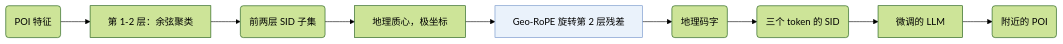
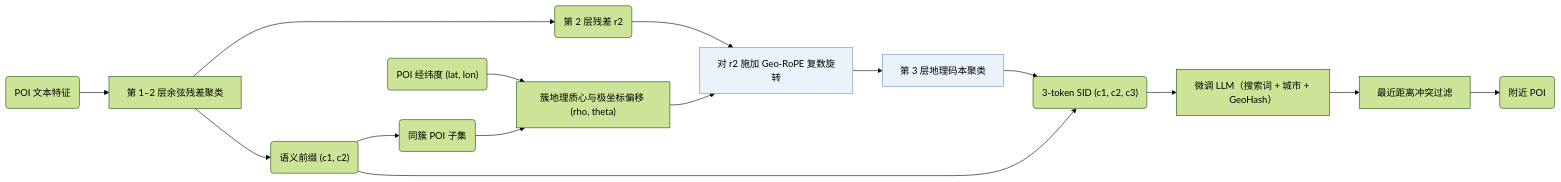
One commit to Galaxy-ghost/Awesome-SID-Generative-Rec changed the diagram in notes/zh/progeo.md. Above: the diagram before and after it, drawn with Mermaid (forest theme). The commit also changed other lines of this file and 649 other files, not shown here.

Commit message:
writer-05: also tags and modality index (schema, check, build, visuals); summary field removed; calibration data for 12 papers

````diff
--- a/notes/zh/progeo.md
+++ b/notes/zh/progeo.md
@@ -15,12 +16,18 @@
 ```mermaid
 flowchart LR
-    A("POI 特征") --> B["第 1-2 层：余弦聚类"]
-    B --> C("前两层 SID 子集")
-    C --> D["地理质心，极坐标"]
-    D --> E["Geo-RoPE 旋转第 2 层残差"]:::key
-    E --> F("地理码字")
-    F --> G("三个 token 的 SID")
-    G --> H["微调的 LLM"]
-    H --> I("附近的 POI")
+    A("POI 文本特征") --> B["第 1–2 层余弦残差聚类"]
+    B --> C("语义前缀 (c1, c2)")
+    B --> R("第 2 层残差 r2")
+    C --> S("同簇 POI 子集")
+    L("POI 经纬度 (lat, lon)") --> D["簇地理质心与极坐标偏移 (rho, theta)"]
+    S --> D
+    R --> E["对 r2 施加 Geo-RoPE 复数旋转"]:::key
+    D --> E
+    E --> F["第 3 层地理码本聚类"]:::key
+    F --> G("3-token SID (c1, c2, c3)")
+    C --> G
+    G --> H["微调 LLM（搜索词 + 城市 + GeoHash）"]
+    H --> I["最近距离冲突过滤"]
+    I --> J("附近 POI")
     classDef key fill:#eaf2fb,stroke:#6b8fc7
 ```
````
